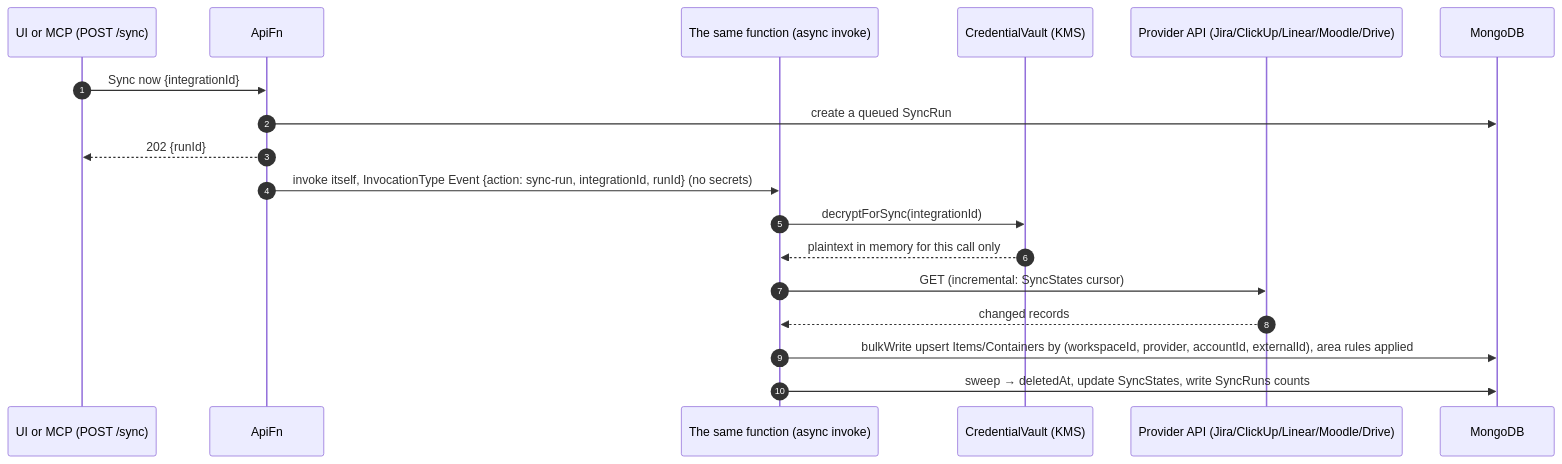
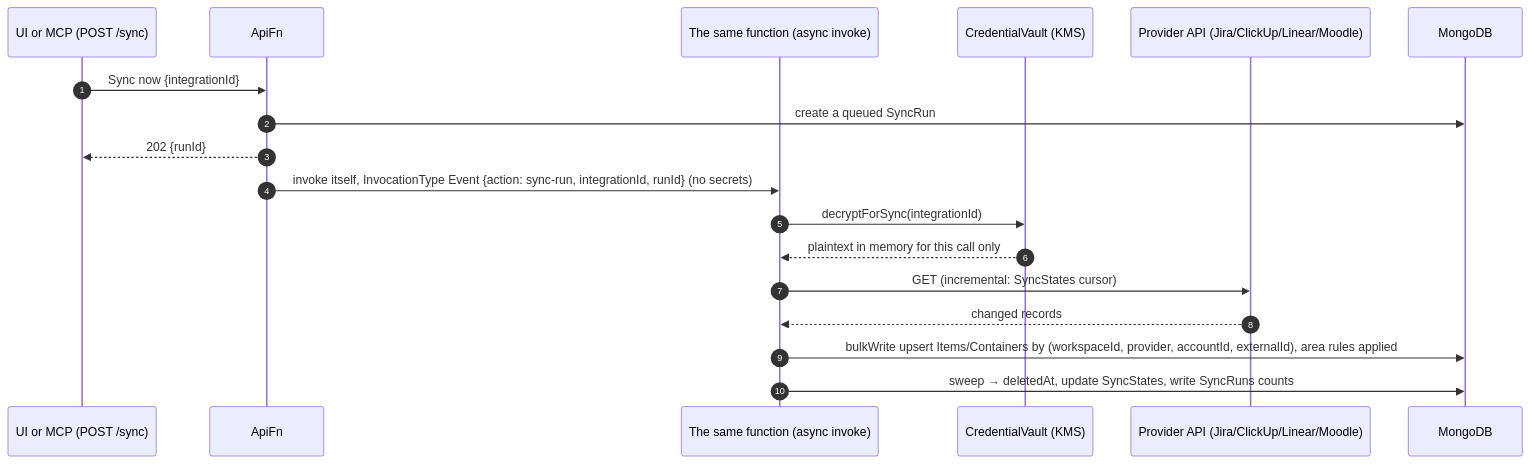
One commit to shalev396/ToDoList changed the second of 3 diagrams in docs/dashboard/OVERVIEW.md. Above: the diagram before and after it, drawn with Mermaid. The commit also changed other lines of this file and 11 other files, not shown here.

````diff
--- a/docs/dashboard/OVERVIEW.md
+++ b/docs/dashboard/OVERVIEW.md
@@ -77,20 +77,20 @@
 ```mermaid
 sequenceDiagram
   autonumber
   participant U as UI or MCP (POST /sync)
   participant A as ApiFn
   participant J as The same function (async invoke)
   participant V as CredentialVault (KMS)
-  participant P as Provider API (Jira/ClickUp/Linear/Moodle/Drive)
+  participant P as Provider API (Jira/ClickUp/Linear/Moodle)
   participant M as MongoDB
   U->>A: Sync now {integrationId}
   A->>M: create a queued SyncRun
   A-->>U: 202 {runId}
   A->>J: invoke itself, InvocationType Event {action: sync-run, integrationId, runId} (no secrets)
   J->>V: decryptForSync(integrationId)
   V-->>J: plaintext in memory for this call only
   J->>P: GET (incremental: SyncStates cursor)
   P-->>J: changed records
   J->>M: bulkWrite upsert Items/Containers by (workspaceId, provider, accountId, externalId), area rules applied
   J->>M: sweep → deletedAt, update SyncStates, write SyncRuns counts
 ```
````
